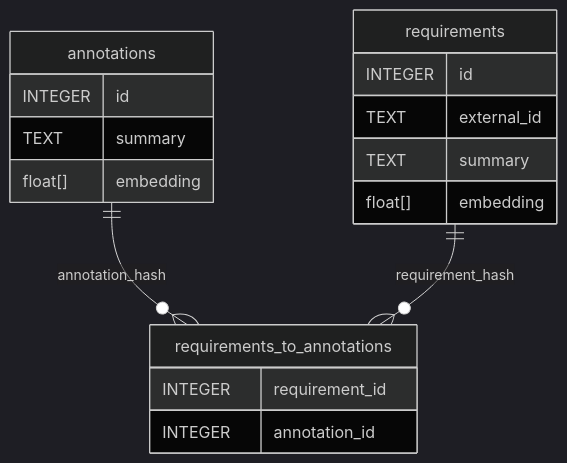
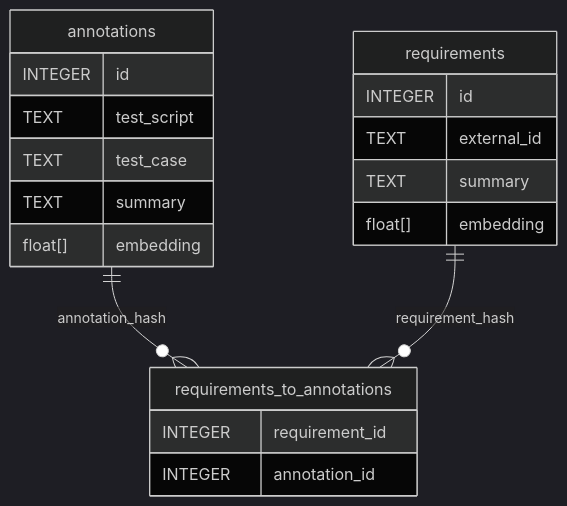
One commit to exactpro/test2text changed the diagram in README.md. Above: the diagram before and after it, drawn with Mermaid (dark theme). The commit also changed 7 other files, not shown here.

````diff
--- a/README.md
+++ b/README.md
@@ -8,22 +8,24 @@
 ```mermaid
 erDiagram
     annotations {
         INTEGER id
+        TEXT test_script
+        TEXT test_case
         TEXT summary
         float[] embedding
     }
     requirements {
         INTEGER id
         TEXT external_id
         TEXT summary
         float[] embedding
     }
     
     requirements_to_annotations {
         INTEGER requirement_id
         INTEGER annotation_id
     }
     
     annotations ||--o{ requirements_to_annotations : annotation_hash
     requirements ||--o{ requirements_to_annotations : requirement_hash
 ```
````
